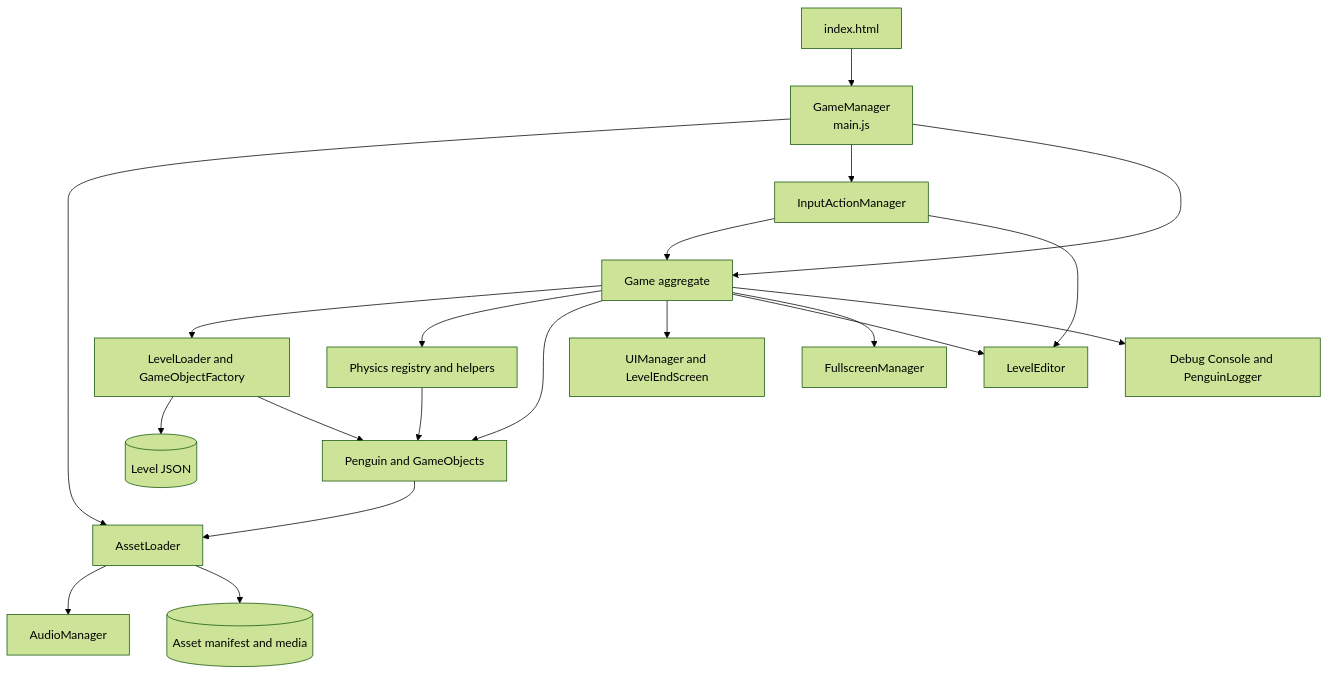
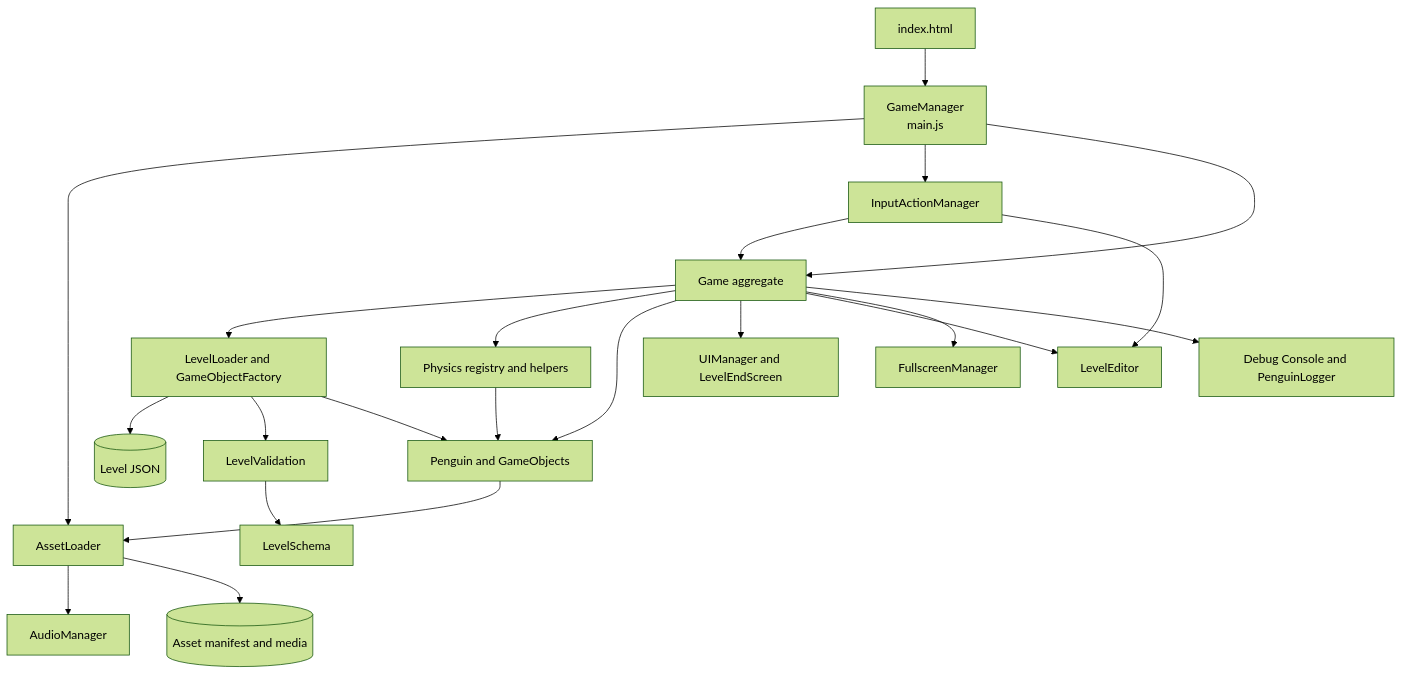
One commit to Newah1/SpacedPenguin changed the third of 14 diagrams in ARCHITECTURE.md. Above: the diagram before and after it, drawn with Mermaid (forest theme). The commit also changed other lines of this file and 19 other files, not shown here.

````diff
--- a/ARCHITECTURE.md
+++ b/ARCHITECTURE.md
@@ -93,24 +93,26 @@
 ```mermaid
 flowchart TB
     Index[index.html] --> Main[GameManager<br/>main.js]
     Main --> Assets[AssetLoader]
     Assets --> Audio[AudioManager]
     Main --> Inputs[InputActionManager]
     Main --> Game[Game aggregate]
 
     Game --> Loader[LevelLoader and GameObjectFactory]
     Game --> Physics[Physics registry and helpers]
     Game --> Entities[Penguin and GameObjects]
     Game --> UI[UIManager and LevelEndScreen]
     Game --> Editor[LevelEditor]
     Game --> Fullscreen[FullscreenManager]
     Game --> Console[Debug Console and PenguinLogger]
 
     Loader --> LevelJSON[(Level JSON)]
+    Loader --> Validation[LevelValidation]
+    Validation --> Schema[LevelSchema]
     Assets --> Manifest[(Asset manifest and media)]
     Entities --> Assets
     Loader --> Entities
     Physics --> Entities
     Inputs --> Game
     Inputs --> Editor
 ```
````
